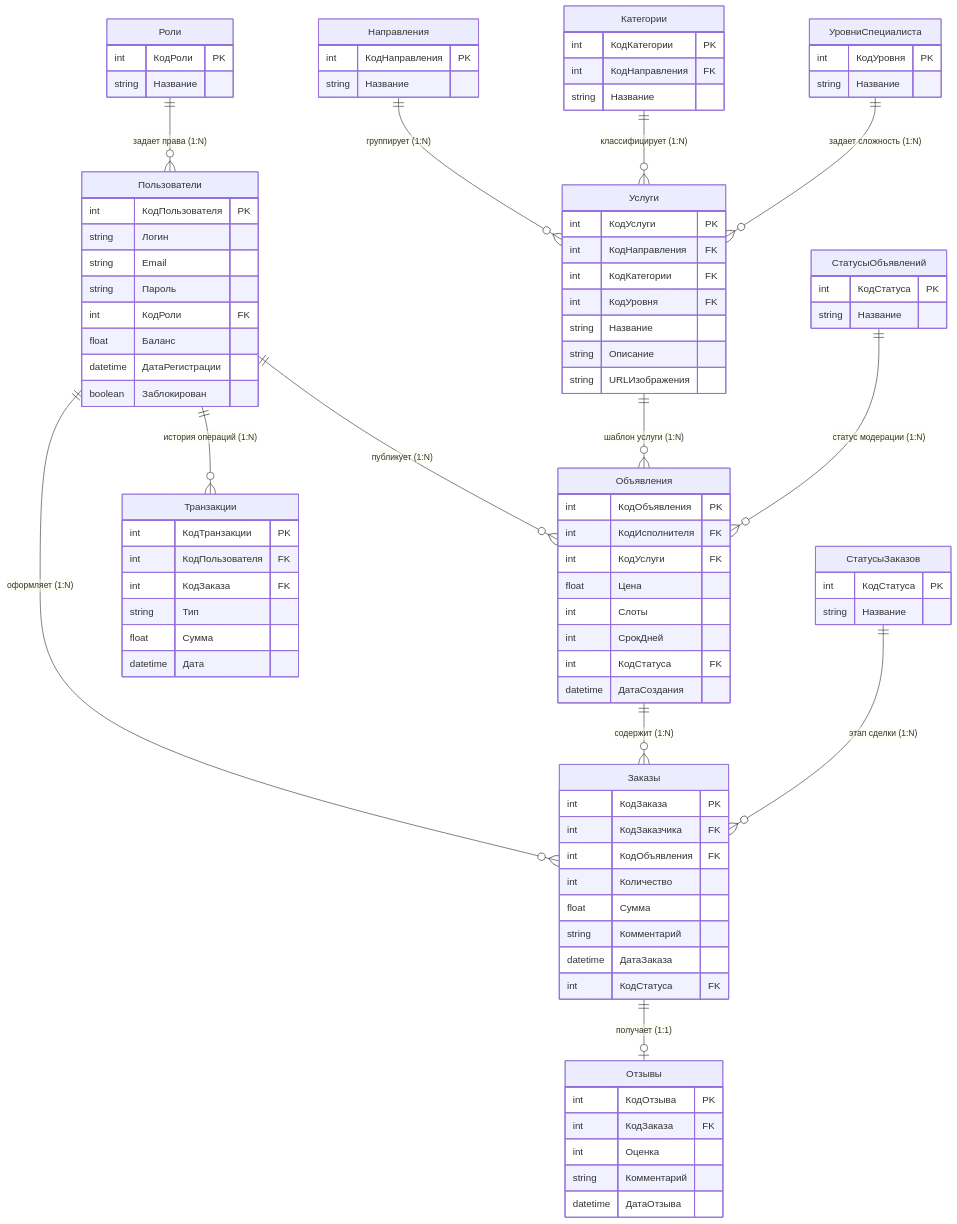
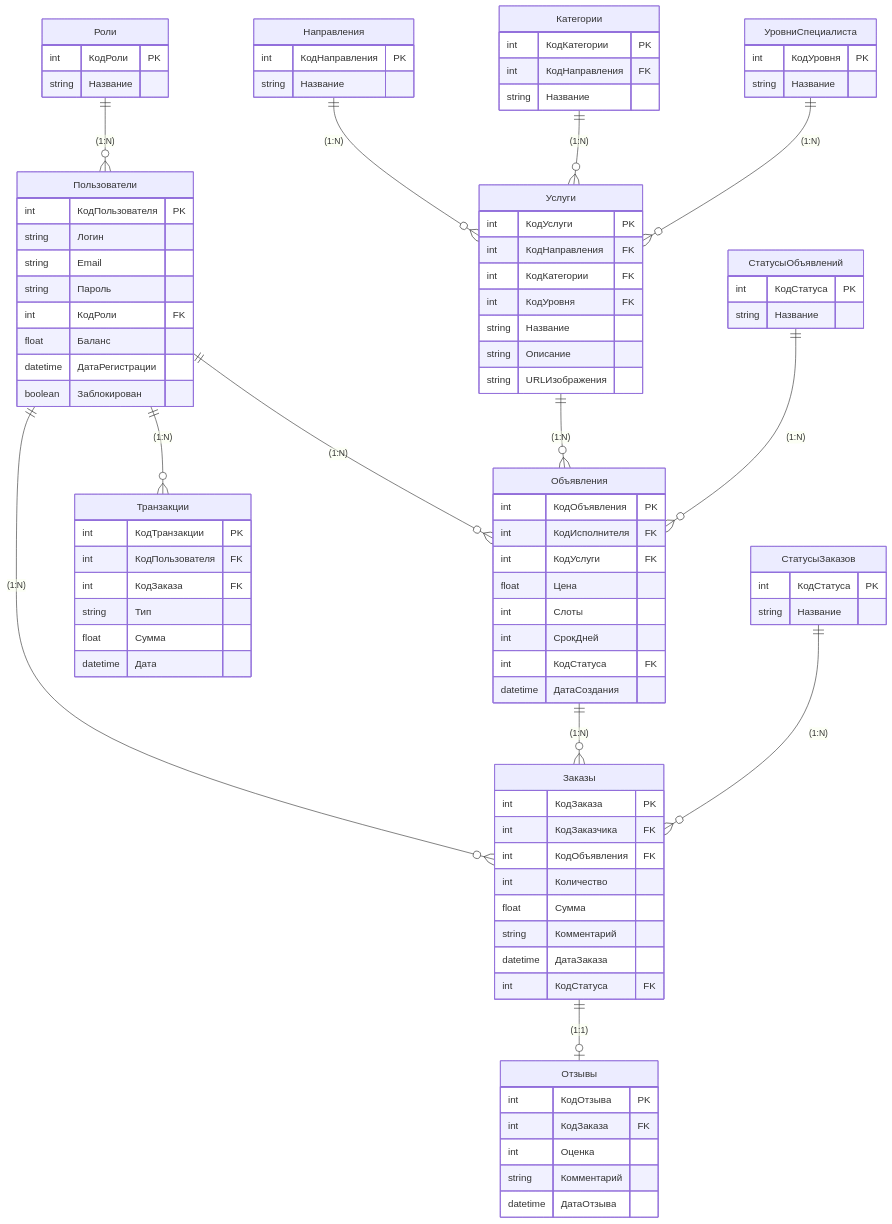
Before and after one commit to Lalik899/05.01: the diagram in README.md, drawn with Mermaid.

````diff
--- a/README.md
+++ b/README.md
@@ -1,18 +1,18 @@
 ```mermaid
 erDiagram
-    Пользователи ||--o{ Объявления : "публикует (1:N)"
-    Пользователи ||--o{ Заказы : "оформляет (1:N)"
-    Пользователи ||--o{ Транзакции : "история операций (1:N)"
-    Услуги ||--o{ Объявления : "шаблон услуги (1:N)"
-    Объявления ||--o{ Заказы : "содержит (1:N)"
-    Заказы ||--o| Отзывы : "получает (1:1)"
+    Пользователи ||--o{ Объявления : " (1:N)"
+    Пользователи ||--o{ Заказы : " (1:N)"
+    Пользователи ||--o{ Транзакции : " (1:N)"
+    Услуги ||--o{ Объявления : " (1:N)"
+    Объявления ||--o{ Заказы : " (1:N)"
+    Заказы ||--o| Отзывы : " (1:1)"
     
-    Направления ||--o{ Услуги : "группирует (1:N)"
-    Категории ||--o{ Услуги : "классифицирует (1:N)"
-    УровниСпециалиста ||--o{ Услуги : "задает сложность (1:N)"
-    Роли ||--o{ Пользователи : "задает права (1:N)"
-    СтатусыОбъявлений ||--o{ Объявления : "статус модерации (1:N)"
-    СтатусыЗаказов ||--o{ Заказы : "этап сделки (1:N)"
+    Направления ||--o{ Услуги : " (1:N)"
+    Категории ||--o{ Услуги : " (1:N)"
+    УровниСпециалиста ||--o{ Услуги : " (1:N)"
+    Роли ||--o{ Пользователи : " (1:N)"
+    СтатусыОбъявлений ||--o{ Объявления : " (1:N)"
+    СтатусыЗаказов ||--o{ Заказы : " (1:N)"
 
     Пользователи {
         int КодПользователя PK
````
